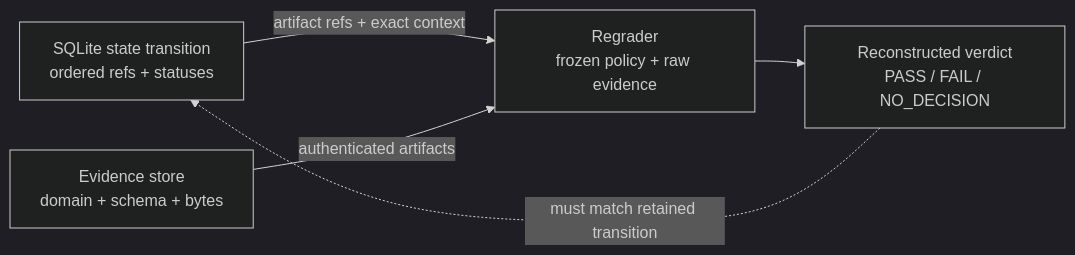
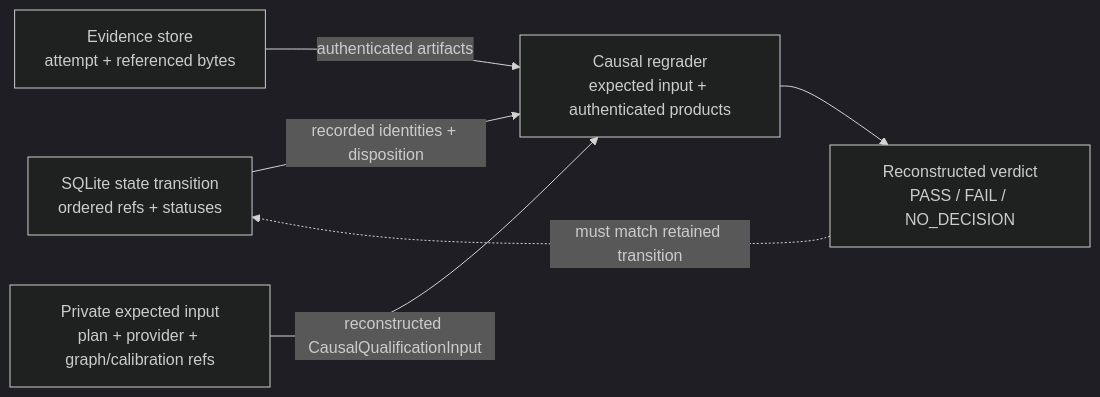
Before and after one commit to latent-to/cacheon-frontend: the diagram in content/docs/security/evidence.mdx, drawn with Mermaid (dark theme). The commit also changed other lines of this file and 48 other files, not shown here.

Commit message:
architecture alignment

````diff
--- a/content/docs/security/evidence.mdx
+++ b/content/docs/security/evidence.mdx
@@ -74,12 +89,14 @@
 ```mermaid
 flowchart LR
     DB["SQLite state transition\nordered refs + statuses"]
-    ES["Evidence store\ndomain + schema + bytes"]
-    RG["Regrader\nfrozen policy + raw evidence"]
+    ES["Evidence store\nattempt + referenced bytes"]
+    PA["Private expected input\nplan + provider + graph/calibration refs"]
+    RG["Causal regrader\nexpected input + authenticated products"]
     OUT["Reconstructed verdict\nPASS / FAIL / NO_DECISION"]
 
-    DB -->|"artifact refs + exact context"| RG
+    DB -->|"recorded identities + disposition"| RG
     ES -->|"authenticated artifacts"| RG
+    PA -->|"reconstructed CausalQualificationInput"| RG
     RG --> OUT
     OUT -. "must match retained transition" .-> DB
 ```
````
